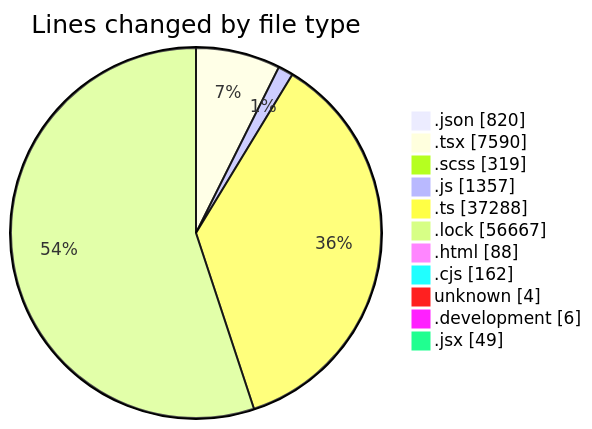
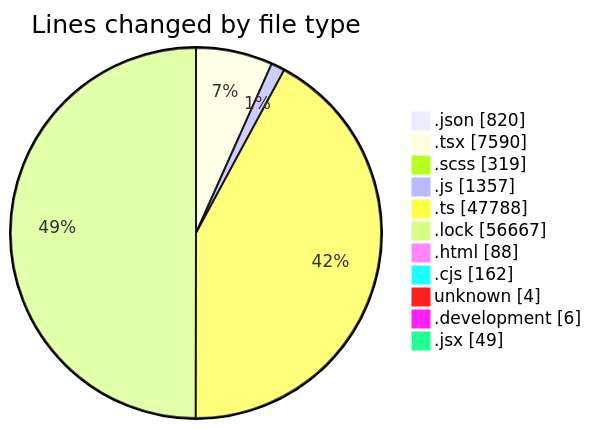
The first of 2 diagrams in 2026-09-03/cda/README.md (momahboobian/code-tracking), drawn with Mermaid before and after one commit. The commit also changed other lines of this file and 1 other file, not shown here.

````diff
--- a/2026-09-03/cda/README.md
+++ b/2026-09-03/cda/README.md
@@ -112,15 +113,15 @@
 ```mermaid
 pie showData
 title Lines changed by file type
 ".json" : 820
 ".tsx" : 7590
 ".scss" : 319
 ".js" : 1357
-".ts" : 37288
+".ts" : 47788
 ".lock" : 56667
 ".html" : 88
 ".cjs" : 162
 "unknown" : 4
 ".development" : 6
 ".jsx" : 49
 ```
````
